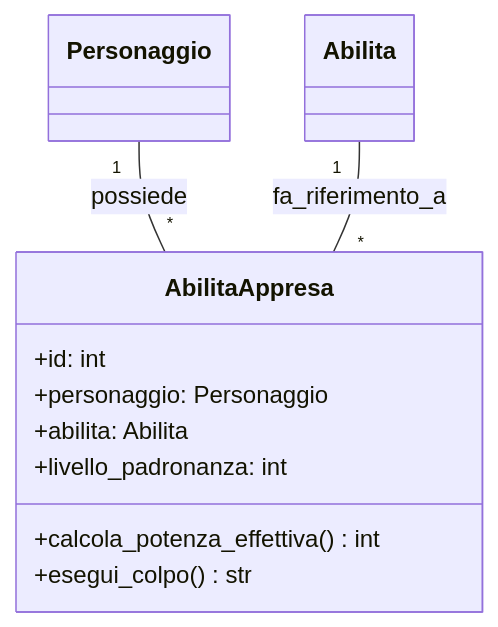
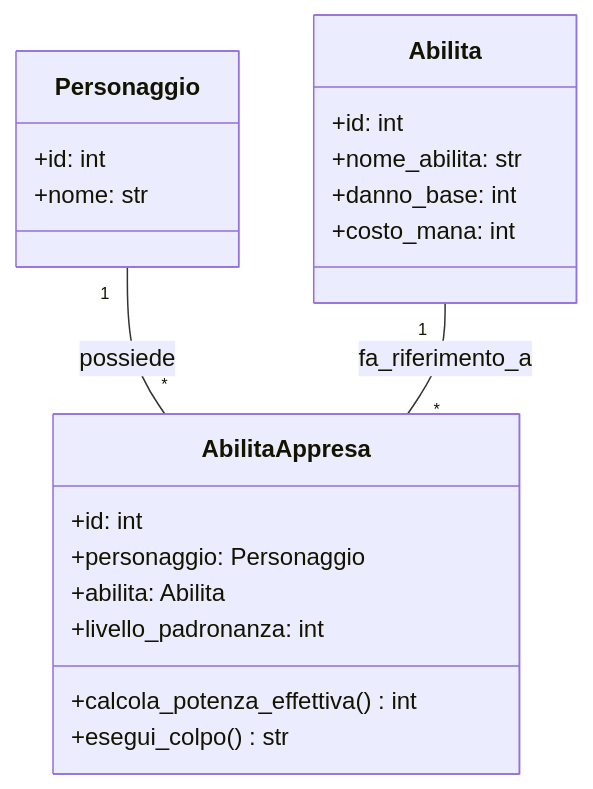
Before and after one commit to isissmorciano/2627-4m: the diagram in src/m03_relazioni_nn_ed_ereditarieta/es02/reference.md, drawn with Mermaid. The commit also changed 2 other files, not shown here.

Commit message:
Completa diagrammi UML esercizi m03

````diff
--- a/src/m03_relazioni_nn_ed_ereditarieta/es02/reference.md
+++ b/src/m03_relazioni_nn_ed_ereditarieta/es02/reference.md
@@ -3,14 +3,26 @@
 ```mermaid
 classDiagram
     Personaggio "1" -- "*" AbilitaAppresa : possiede
     Abilita "1" -- "*" AbilitaAppresa : fa_riferimento_a
 
     class AbilitaAppresa {
         +id: int
         +personaggio: Personaggio
         +abilita: Abilita
         +livello_padronanza: int
         +calcola_potenza_effettiva() int
         +esegui_colpo() str
     }
+
+    class Personaggio {
+        +id: int
+        +nome: str
+    }
+
+    class Abilita {
+        +id: int
+        +nome_abilita: str
+        +danno_base: int
+        +costo_mana: int
+    }
 ```
````
